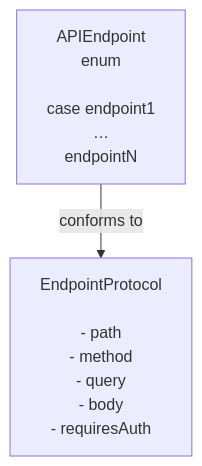
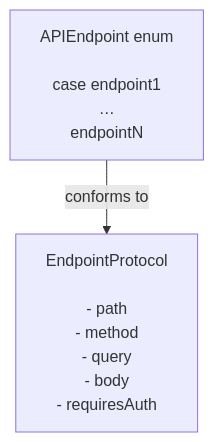
The second of 2 diagrams in README.md (gentle-giraffe-apps/GentleNetworking), drawn with Mermaid before and after one commit. The commit also changed other lines of this file, not shown here.

````diff
--- a/README.md
+++ b/README.md
@@ -59,8 +66,8 @@
 ```mermaid
 flowchart TB
-    APIEndpoint["APIEndpoint<br/>enum<br/><br/>case endpoint1<br/>…<br/>endpointN"]
+    APIEndpoint["APIEndpoint enum<br/><br/>case endpoint1<br/>…<br/>endpointN"]
 
     EndpointProtocol["EndpointProtocol<br/><br/>- path<br/>- method<br/>- query<br/>- body<br/>- requiresAuth"]
 
     APIEndpoint -->|conforms to| EndpointProtocol
 ```
````
